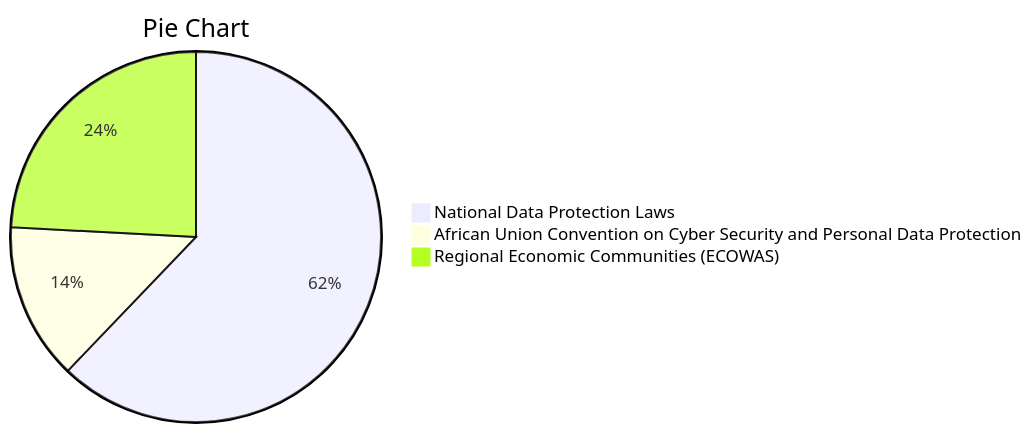
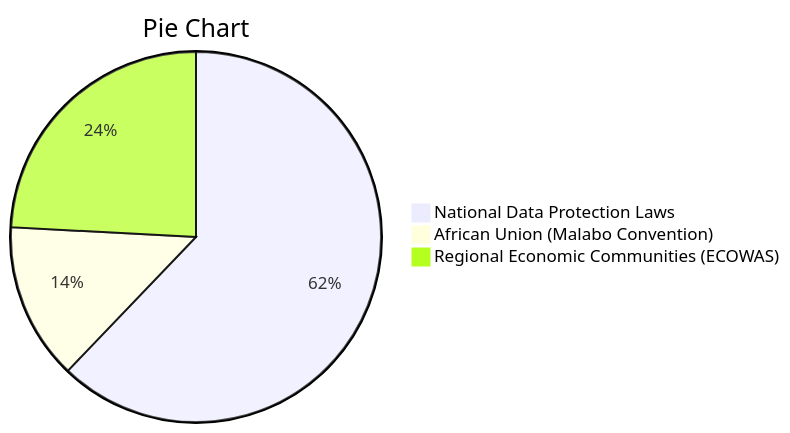
Before and after one commit to aovabo/blogger: the diagram in testdata/posts/first.md, drawn with Mermaid.

````diff
--- a/testdata/posts/first.md
+++ b/testdata/posts/first.md
@@ -8,7 +8,7 @@
 ```mermaid
 pie
     title Pie Chart
     "National Data Protection Laws" : 386
-    "African Union Convention on Cyber Security and Personal Data Protection" : 85
+    "African Union (Malabo Convention) " : 85
     "Regional Economic Communities (ECOWAS)" : 150 
 ```
````
